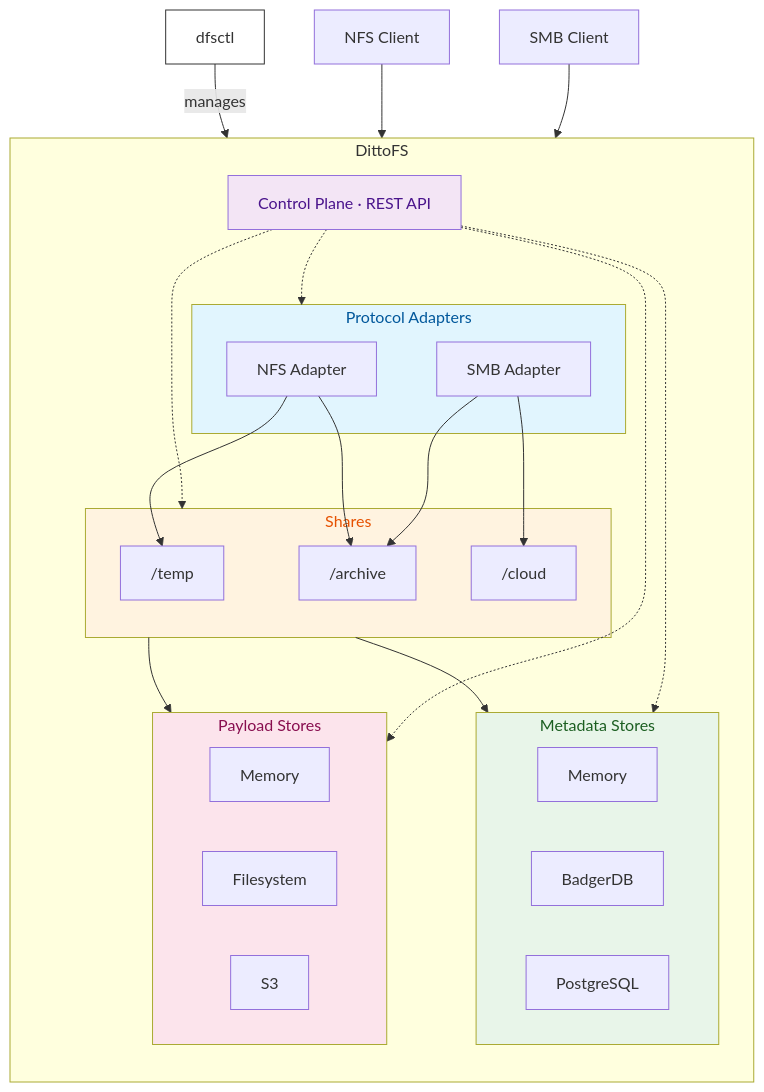
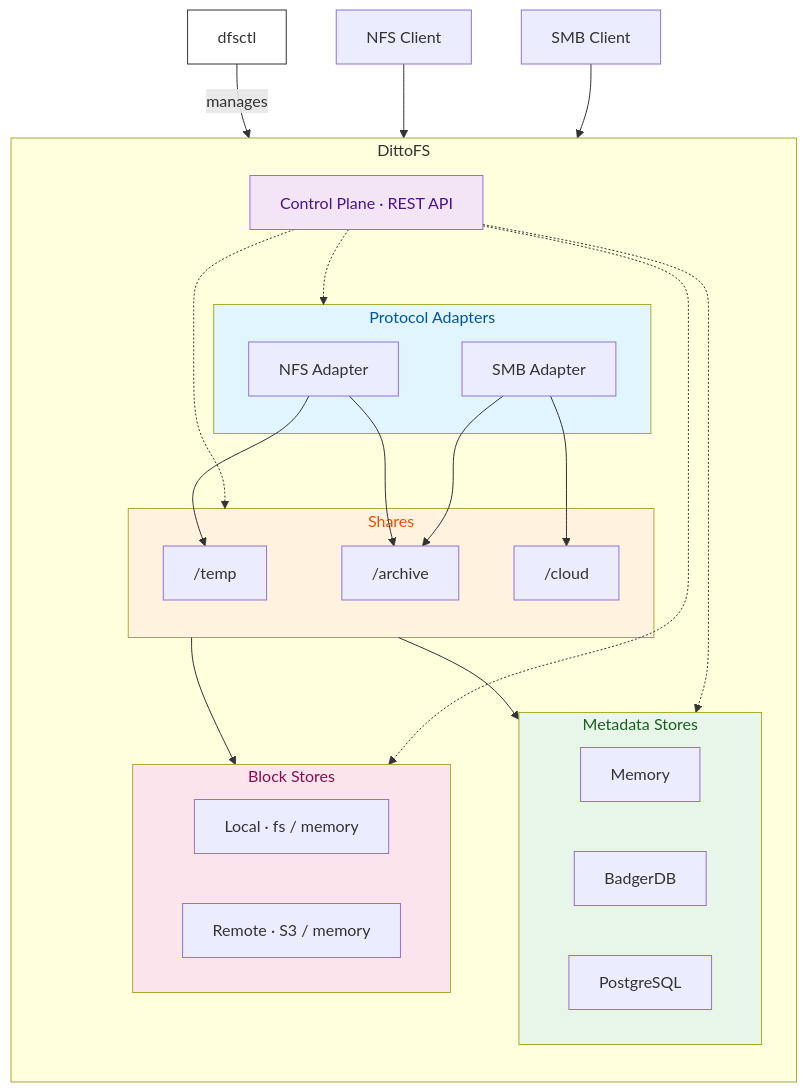
One commit to esignoretti/dittofs changed the diagram in README.md. Above: the diagram before and after it, drawn with Mermaid. The commit also changed other lines of this file and 491 other files, not shown here.

````diff
--- a/README.md
+++ b/README.md
@@ -34,53 +34,52 @@
 ```mermaid
 graph TD
     CTL[dfsctl] -- manages --> CP
     NFS[NFS Client] --> NFSA
     SMB[SMB Client] --> SMBA
 
     subgraph DittoFS
         direction TB
 
         CP[Control Plane · REST API]
 
         subgraph Adapters[Protocol Adapters]
             NFSA[NFS Adapter]
             SMBA[SMB Adapter]
         end
 
         NFSA --> S1 & S2
         SMBA --> S2 & S3
 
         subgraph Shares
             S1["/temp"]
             S2["/archive"]
             S3["/cloud"]
         end
 
         Shares --> MetadataStores
-        Shares --> PayloadStores
+        Shares --> BlockStores
 
         subgraph MetadataStores[Metadata Stores]
             MM[Memory]
             MB[BadgerDB]
             MP[PostgreSQL]
         end
 
-        subgraph PayloadStores[Payload Stores]
-            PM[Memory]
-            PF[Filesystem]
-            PS[S3]
+        subgraph BlockStores[Block Stores]
+            BL[Local · fs / memory]
+            BR[Remote · S3 / memory]
         end
 
         CP -.-> Adapters
         CP -.-> Shares
         CP -.-> MetadataStores
-        CP -.-> PayloadStores
+        CP -.-> BlockStores
     end
 
     style Adapters fill:#e1f5fe,color:#01579b
     style Shares fill:#fff3e0,color:#e65100
     style MetadataStores fill:#e8f5e9,color:#1b5e20
-    style PayloadStores fill:#fce4ec,color:#880e4f
+    style BlockStores fill:#fce4ec,color:#880e4f
     style CP fill:#f3e5f5,color:#4a148c
     style CTL fill:#fff,color:#333,stroke:#333
 ```
````
